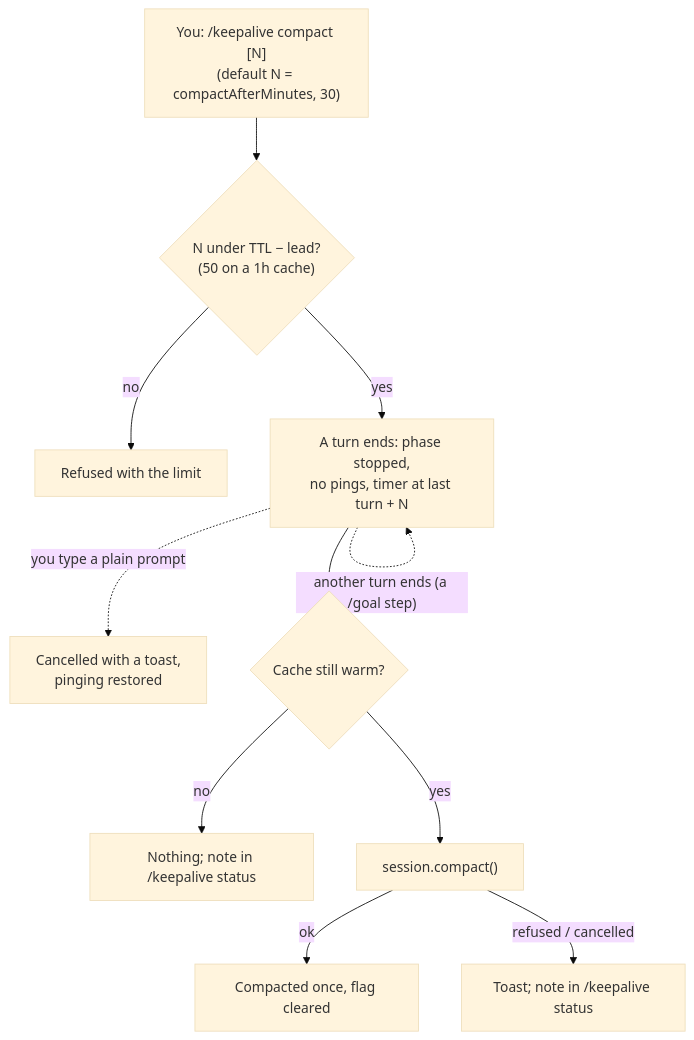
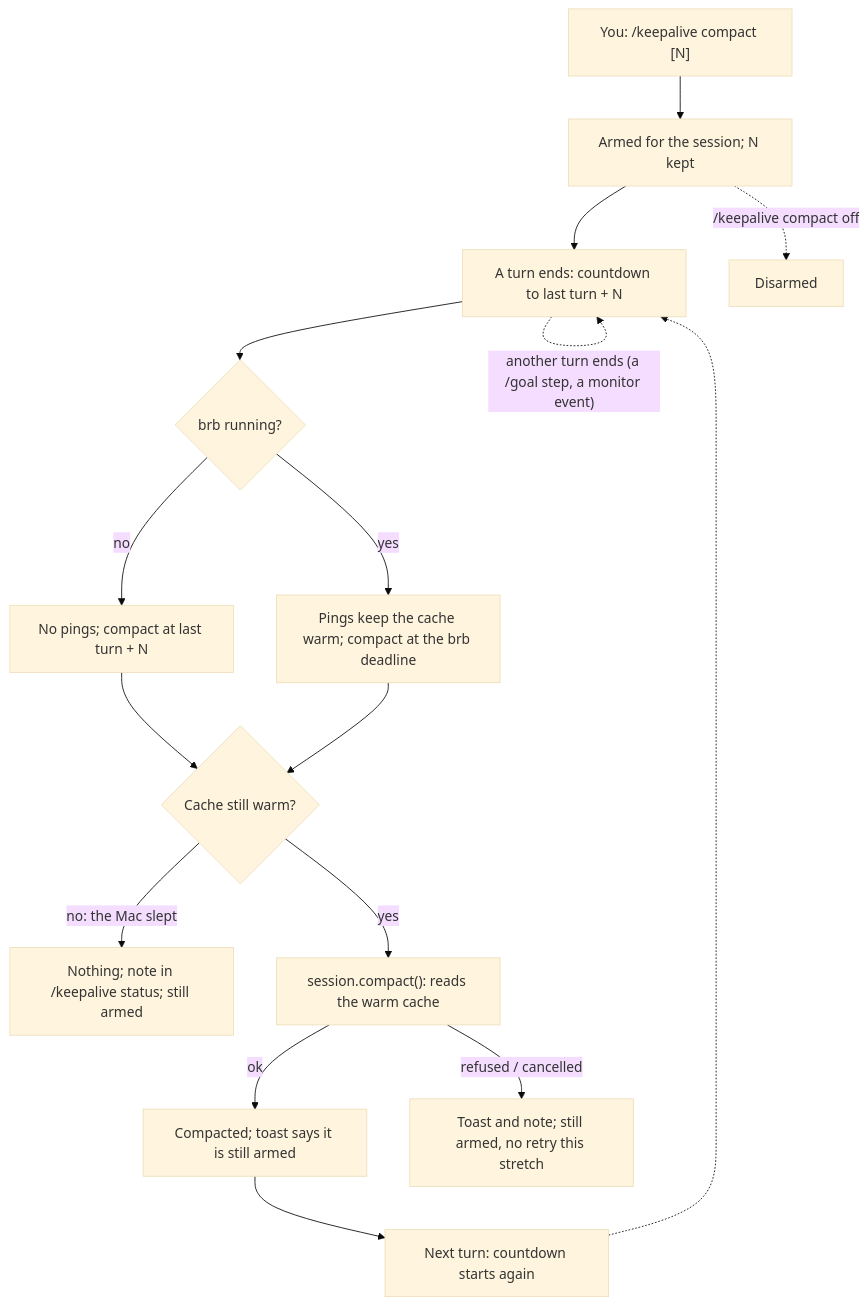
The first of 2 diagrams in plugins/cache-keepalive/docs/compact.md (shdennlin/agent-plugins), drawn with Mermaid (base theme) before and after one commit. The commit also changed other lines of this file and 9 other files, not shown here.

First line of the commit message:
feat(cache-keepalive): remove compact pings and done; docs and 0.8.0

````diff
--- a/plugins/cache-keepalive/docs/compact.md
+++ b/plugins/cache-keepalive/docs/compact.md
@@ -31,13 +31,18 @@
 ```mermaid
 flowchart TD
-  A["You: /keepalive compact [N]<br/>(default N = compactAfterMinutes, 30)"] --> B{"N under TTL − lead?<br/>(50 on a 1h cache)"}
-  B -->|no| X0["Refused with the limit"]
-  B -->|yes| C["A turn ends: phase stopped,<br/>no pings, timer at last turn + N"]
-  C -.->|"another turn ends (a /goal step)"| C
-  C -.->|"you type a plain prompt"| X1["Cancelled with a toast,<br/>pinging restored"]
-  C --> D{"Cache still warm?"}
-  D -->|no| X2["Nothing; note in /keepalive status"]
-  D -->|yes| E["session.compact()"]
-  E -->|ok| F["Compacted once, flag cleared"]
-  E -->|"refused / cancelled"| X3["Toast; note in /keepalive status"]
+  A["You: /keepalive compact [N]"] --> B["Armed for the session; N kept"]
+  B --> C["A turn ends: countdown to last turn + N"]
+  C -.->|"another turn ends (a /goal step, a monitor event)"| C
+  C --> D{"brb running?"}
+  D -->|no| E["No pings; compact at last turn + N"]
+  D -->|yes| F["Pings keep the cache warm; compact at the brb deadline"]
+  E --> G{"Cache still warm?"}
+  F --> G
+  G -->|"no: the Mac slept"| X1["Nothing; note in /keepalive status; still armed"]
+  G -->|yes| H["session.compact(): reads the warm cache"]
+  H -->|ok| I["Compacted; toast says it is still armed"]
+  H -->|"refused / cancelled"| X2["Toast and note; still armed, no retry this stretch"]
+  I --> J["Next turn: countdown starts again"]
+  J -.-> C
+  B -.->|"/keepalive compact off"| X3["Disarmed"]
 ```
````
